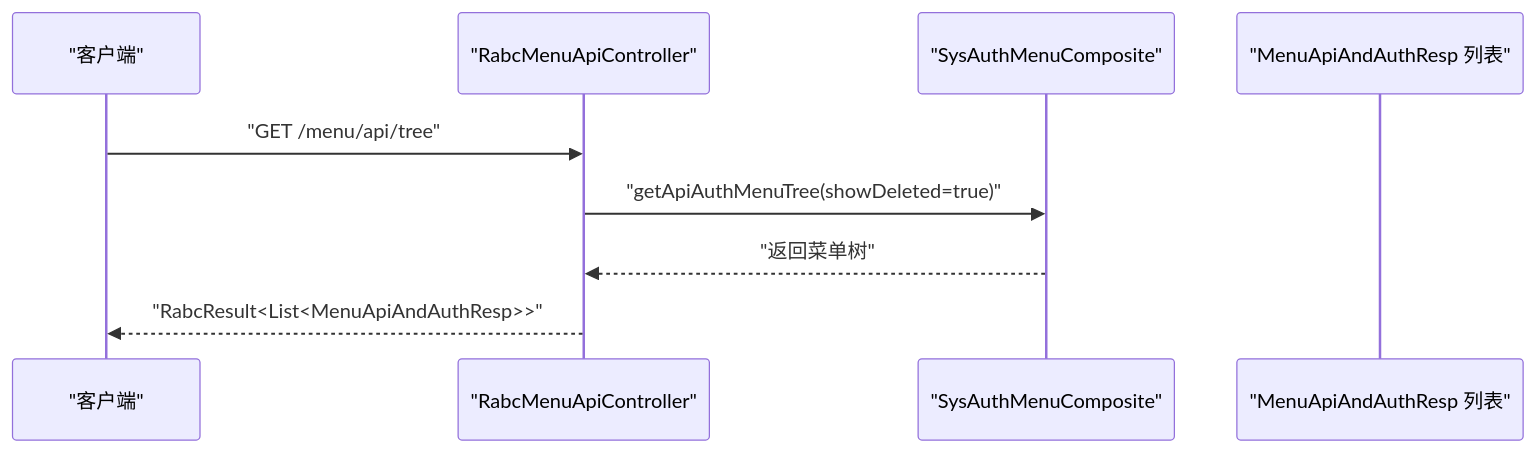
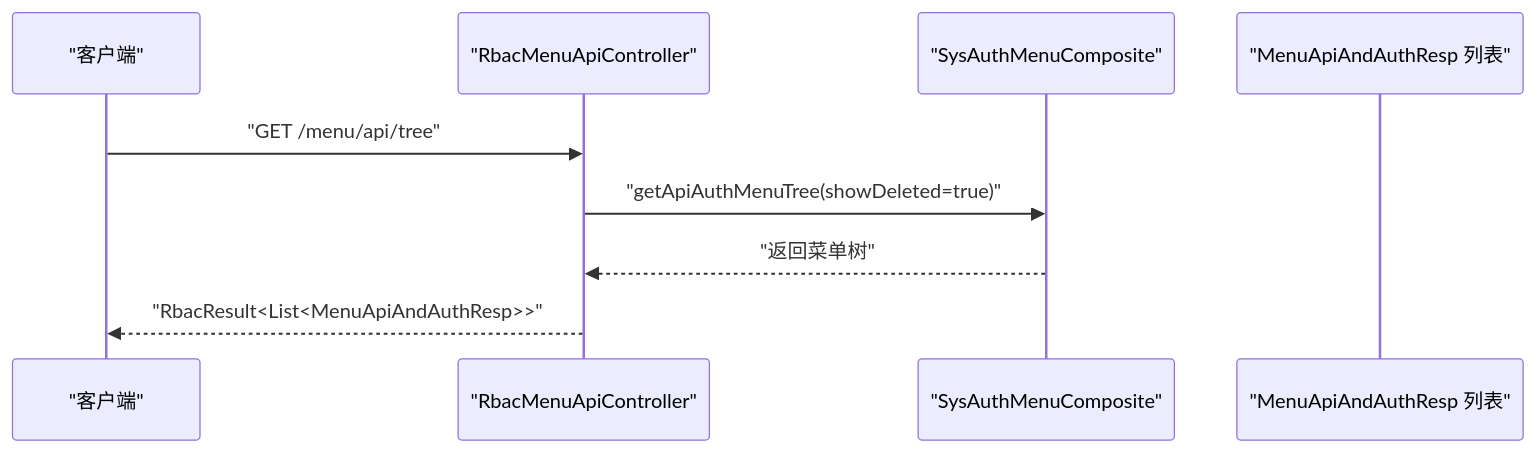
One commit to LiukewenSC/kewen-framework changed the third of 6 diagrams in .qoder/repowiki/zh/content/权限系统 (qy-auth)/RBAC实现 (auth-rbac)/菜单权限.md. Above: the diagram before and after it, drawn with Mermaid. The commit also changed other lines of this file and 764 other files, not shown here.

````diff
--- a/.qoder/repowiki/zh/content/权限系统 (qy-auth)/RBAC实现 (auth-rbac)/菜单权限.md
+++ b/.qoder/repowiki/zh/content/权限系统 (qy-auth)/RBAC实现 (auth-rbac)/菜单权限.md
@@ -177,11 +177,11 @@
 ```mermaid
 sequenceDiagram
 participant Client as "客户端"
-participant Ctrl as "RabcMenuApiController"
+participant Ctrl as "RbacMenuApiController"
 participant Composite as "SysAuthMenuComposite"
 participant Resp as "MenuApiAndAuthResp 列表"
 Client->>Ctrl : "GET /menu/api/tree"
 Ctrl->>Composite : "getApiAuthMenuTree(showDeleted=true)"
 Composite-->>Ctrl : "返回菜单树"
-Ctrl-->>Client : "RabcResult<List<MenuApiAndAuthResp>>"
+Ctrl-->>Client : "RbacResult<List<MenuApiAndAuthResp>>"
 ```
````
